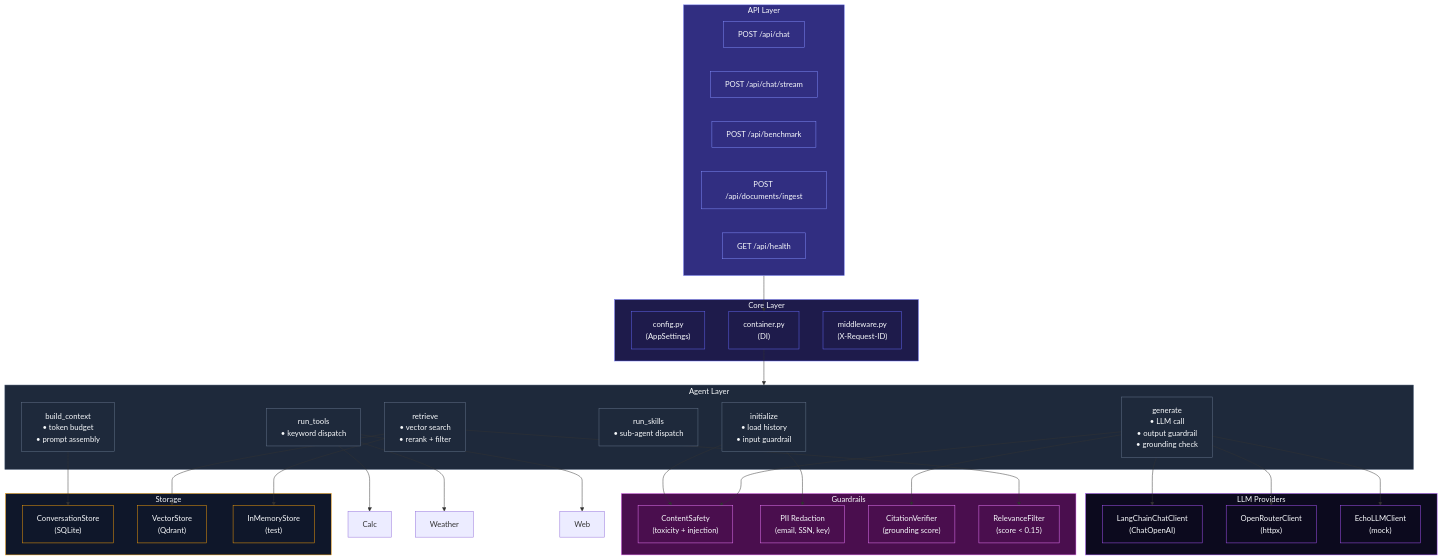
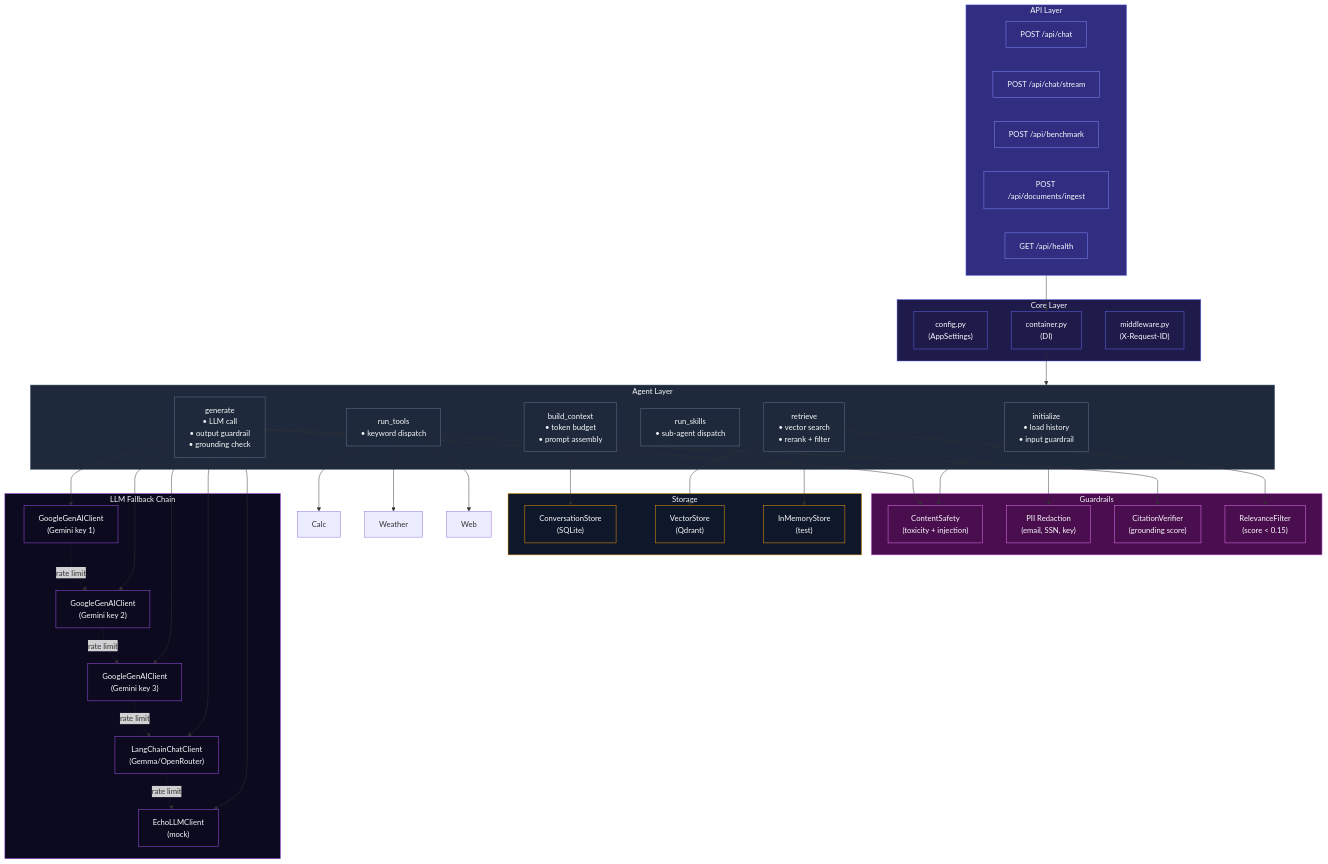
The second of 3 diagrams in README.md (DIP-RO/Naive-RAG-and-StreamRAG-Benchmarking-Application), drawn with Mermaid before and after one commit. The commit also changed other lines of this file and 2 other files, not shown here.

Commit message:
docs: update architecture with 5-level LLM fallback chain, Gemini benchmark results

````diff
--- a/README.md
+++ b/README.md
@@ -70,74 +70,82 @@
 ```mermaid
 flowchart TB
     subgraph Core["Core Layer"]
         Config["config.py<br/>(AppSettings)"]
         Container["container.py<br/>(DI)"]
         Middleware["middleware.py<br/>(X-Request-ID)"]
     end
 
     subgraph Routes["API Layer"]
         Chat["POST /api/chat"]
         Stream["POST /api/chat/stream"]
         Bench["POST /api/benchmark"]
         Ingest["POST /api/documents/ingest"]
         Health["GET /api/health"]
     end
 
     subgraph Agent["Agent Layer"]
         Init["initialize<br/>• load history<br/>• input guardrail"]
         Retrieve["retrieve<br/>• vector search<br/>• rerank + filter"]
         Tools["run_tools<br/>• keyword dispatch"]
         Skills["run_skills<br/>• sub-agent dispatch"]
         Ctx["build_context<br/>• token budget<br/>• prompt assembly"]
         Gen["generate<br/>• LLM call<br/>• output guardrail<br/>• grounding check"]
     end
 
     subgraph Guard["Guardrails"]
         Safety["ContentSafety<br/>(toxicity + injection)"]
         PII["PII Redaction<br/>(email, SSN, key)"]
         Cite["CitationVerifier<br/>(grounding score)"]
         Rel["RelevanceFilter<br/>(score < 0.15)"]
     end
 
     subgraph Storage["Storage"]
         SQL["ConversationStore<br/>(SQLite)"]
         Qdrant["VectorStore<br/>(Qdrant)"]
         MemStore["InMemoryStore<br/>(test)"]
     end
 
-    subgraph LLM["LLM Providers"]
-        LC["LangChainChatClient<br/>(ChatOpenAI)"]
-        OR["OpenRouterClient<br/>(httpx)"]
+    subgraph LLM["LLM Fallback Chain"]
+        GC["GoogleGenAIClient<br/>(Gemini key 1)"]
+        GF1["GoogleGenAIClient<br/>(Gemini key 2)"]
+        GF2["GoogleGenAIClient<br/>(Gemini key 3)"]
+        GR["LangChainChatClient<br/>(Gemma/OpenRouter)"]
         Echo["EchoLLMClient<br/>(mock)"]
     end
 
     Routes --> Container
     Container --> Agent
     Init --> Safety
     Init --> PII
     Retrieve --> Rel
     Gen --> Cite
     Gen --> Safety
-    Gen --> OR
-    Gen --> LC
+    Gen --> GC
+    Gen --> GF1
+    Gen --> GF2
+    Gen --> GR
     Gen --> Echo
+    GC -. rate limit .-> GF1
+    GF1 -. rate limit .-> GF2
+    GF2 -. rate limit .-> GR
+    GR -. rate limit .-> Echo
     Ctx --> SQL
     Retrieve --> Qdrant
     Retrieve --> MemStore
     Tools --> Calc
     Tools --> Weather
     Tools --> Web
 
     classDef core fill:#1e1b4b,stroke:#6366f1,color:#f8fafc
     classDef route fill:#312e81,stroke:#818cf8,color:#f8fafc
     classDef agent fill:#1e293b,stroke:#64748b,color:#f8fafc
     classDef guard fill:#4a0e4e,stroke:#e879f9,color:#f8fafc
     classDef storage fill:#0f172a,stroke:#f59e0b,color:#f8fafc
     classDef llm fill:#0c0a1e,stroke:#a855f7,color:#f8fafc
     class Core,Config,Container,Middleware core
     class Routes,Chat,Stream,Bench,Ingest,Health route
     class Agent,Init,Retrieve,Tools,Skills,Ctx,Gen agent
     class Guard,Safety,PII,Cite,Rel guard
     class Storage,SQL,Qdrant,MemStore storage
-    class LLM,LC,OR,Echo llm
+    class LLM,GC,GF1,GF2,GR,Echo llm
 ```
````
